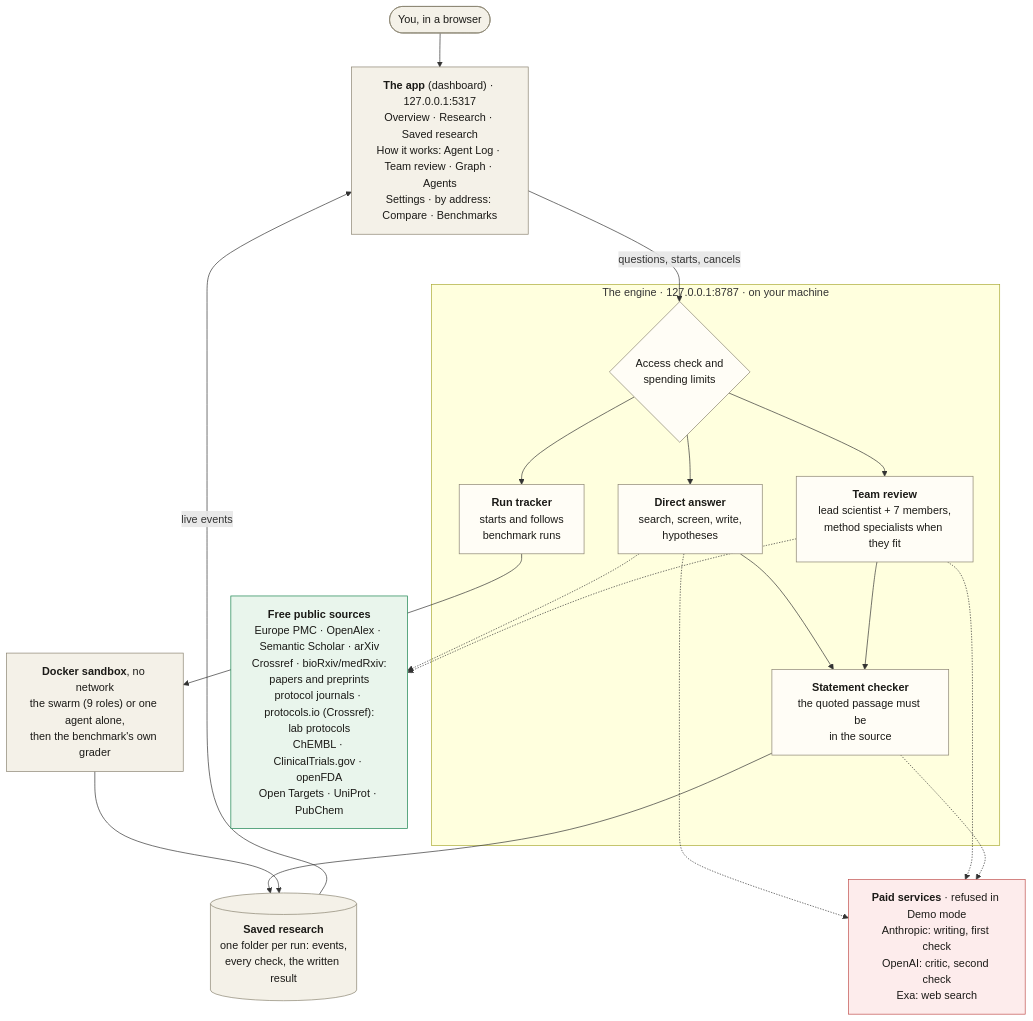
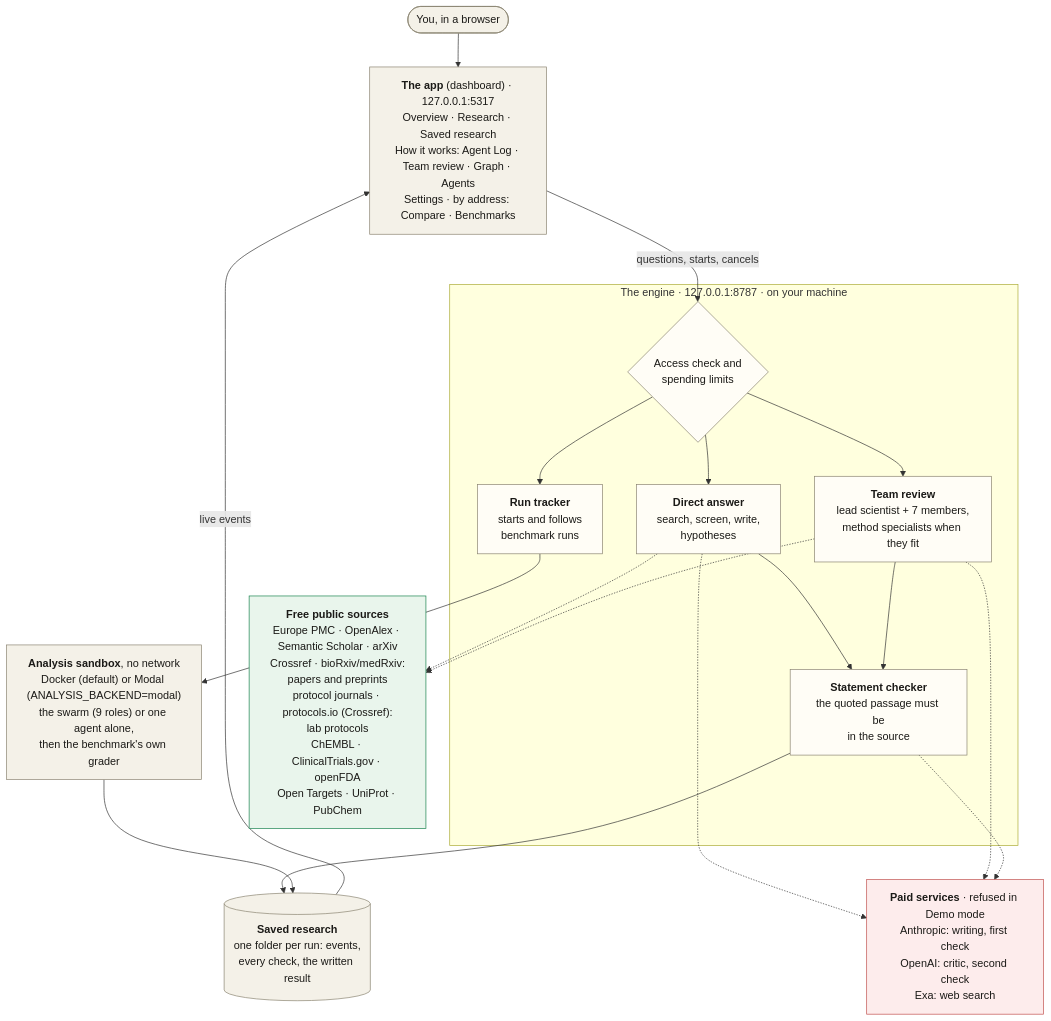
Before and after one commit to itsbrendandang/agent-test: the diagram in README.md, drawn with Mermaid. The commit also changed 11 other files, not shown here.

Commit message:
docs: sync screen names, review flow and literature sources

````diff
--- a/README.md
+++ b/README.md
@@ -625,44 +625,44 @@
 ```mermaid
 flowchart TB
     you(["You, in a browser"])
     app["<b>The app</b> (dashboard) · 127.0.0.1:5317<br/>Overview · Research · Saved research<br/>How it works: Agent Log · Team review · Graph · Agents<br/>Settings · by address: Compare · Benchmarks"]
 
     subgraph engine["The engine · 127.0.0.1:8787 · on your machine"]
         gate{"Access check and<br/>spending limits"}
         answer["<b>Direct answer</b><br/>search, screen, write,<br/>hypotheses"]
         board["<b>Team review</b><br/>lead scientist + 7 members,<br/>method specialists when they fit"]
         tracker["<b>Run tracker</b><br/>starts and follows<br/>benchmark runs"]
         check["<b>Statement checker</b><br/>the quoted passage must be<br/>in the source"]
     end
 
-    sandbox["<b>Docker sandbox</b>, no network<br/>the swarm (9 roles) or one agent alone,<br/>then the benchmark's own grader"]
+    sandbox["<b>Analysis sandbox</b>, no network<br/>Docker (default) or Modal (ANALYSIS_BACKEND=modal)<br/>the swarm (9 roles) or one agent alone,<br/>then the benchmark's own grader"]
     store[("<b>Saved research</b><br/>one folder per run: events,<br/>every check, the written result")]
     paid["<b>Paid services</b> · refused in Demo mode<br/>Anthropic: writing, first check<br/>OpenAI: critic, second check<br/>Exa: web search"]
     free["<b>Free public sources</b><br/>Europe PMC · OpenAlex · Semantic Scholar · arXiv<br/>Crossref · bioRxiv/medRxiv:<br/>papers and preprints<br/>protocol journals · protocols.io (Crossref):<br/>lab protocols<br/>ChEMBL · ClinicalTrials.gov · openFDA<br/>Open Targets · UniProt · PubChem"]
 
     you --> app
     app -- "questions, starts, cancels" --> gate
     gate --> answer
     gate --> board
     gate --> tracker
     answer --> check
     board --> check
     tracker --> sandbox
     check --> store
     sandbox --> store
     store -- "live events" --> app
     answer -.-> free
     board -.-> free
     answer -.-> paid
     board -.-> paid
     check -.-> paid
 
     classDef local fill:#f4f1e8,stroke:#8a8371,color:#1b1a17
     classDef core fill:#fffdf6,stroke:#8a8371,color:#1b1a17
     classDef paidc fill:#fdecec,stroke:#c0504d,color:#1b1a17
     classDef freec fill:#e9f5ec,stroke:#17824d,color:#1b1a17
     class you,app,store,sandbox local
     class gate,answer,board,tracker,check core
     class paid paidc
     class free freec
 ```
````
